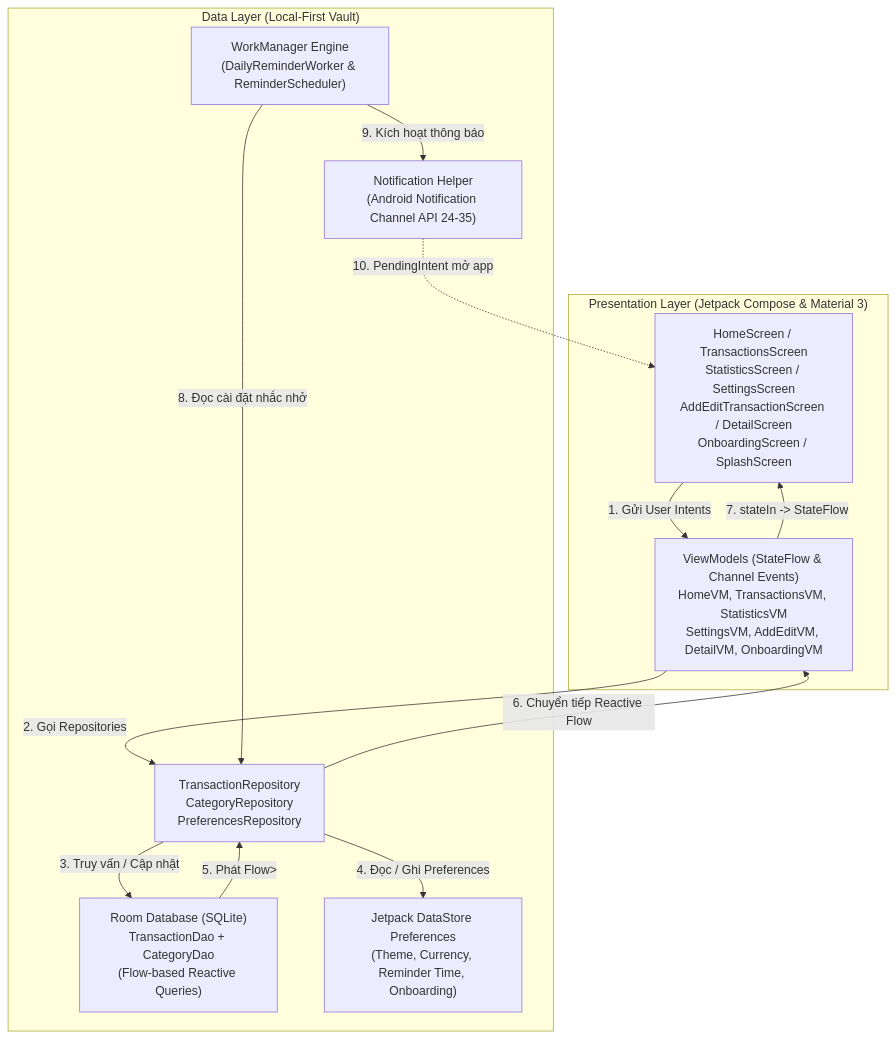
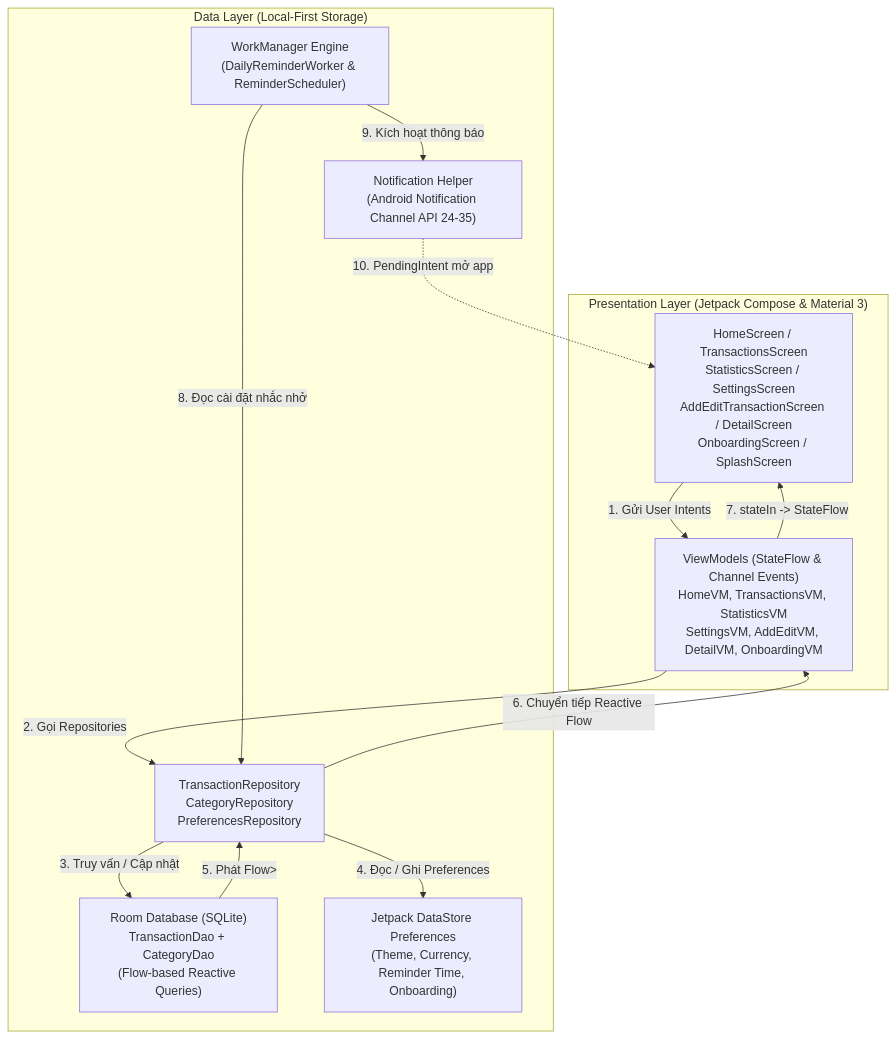
One commit to haitranduc203/Personal-Finance changed the diagram in README.md. Above: the diagram before and after it, drawn with Mermaid. The commit also changed other lines of this file and 10 other files, not shown here.

````diff
--- a/README.md
+++ b/README.md
@@ -136,26 +136,26 @@
 ```mermaid
 flowchart TB
     subgraph UI_Layer ["Presentation Layer (Jetpack Compose & Material 3)"]
         Screens["HomeScreen / TransactionsScreen\nStatisticsScreen / SettingsScreen\nAddEditTransactionScreen / DetailScreen\nOnboardingScreen / SplashScreen"]
         VM["ViewModels (StateFlow & Channel Events)\nHomeVM, TransactionsVM, StatisticsVM\nSettingsVM, AddEditVM, DetailVM, OnboardingVM"]
     end
 
-    subgraph Domain_Data_Layer ["Data Layer (Local-First Vault)"]
+    subgraph Data_Layer ["Data Layer (Local-First Storage)"]
         Repos["TransactionRepository\nCategoryRepository\nPreferencesRepository"]
         RoomDB["Room Database (SQLite)\nTransactionDao + CategoryDao\n(Flow-based Reactive Queries)"]
         DataStore["Jetpack DataStore Preferences\n(Theme, Currency, Reminder Time, Onboarding)"]
         WorkMgr["WorkManager Engine\n(DailyReminderWorker & ReminderScheduler)"]
         NotifHelper["Notification Helper\n(Android Notification Channel API 24-35)"]
     end
 
     Screens -->|"1. Gửi User Intents"| VM
     VM -->|"2. Gọi Repositories"| Repos
     Repos -->|"3. Truy vấn / Cập nhật"| RoomDB
     Repos -->|"4. Đọc / Ghi Preferences"| DataStore
     RoomDB -->|"5. Phát Flow<List<T>>"| Repos
     Repos -->|"6. Chuyển tiếp Reactive Flow"| VM
     VM -->|"7. stateIn -> StateFlow<UiState>"| Screens
     WorkMgr -->|"8. Đọc cài đặt nhắc nhở"| Repos
     WorkMgr -->|"9. Kích hoạt thông báo"| NotifHelper
     NotifHelper -.->|"10. PendingIntent mở app"| Screens
 ```
````
